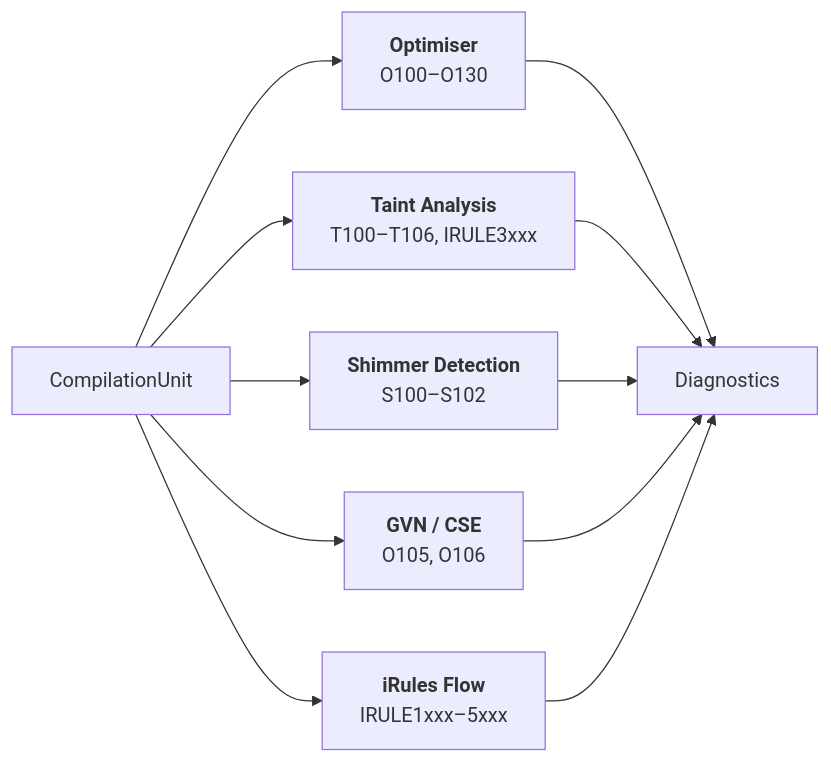
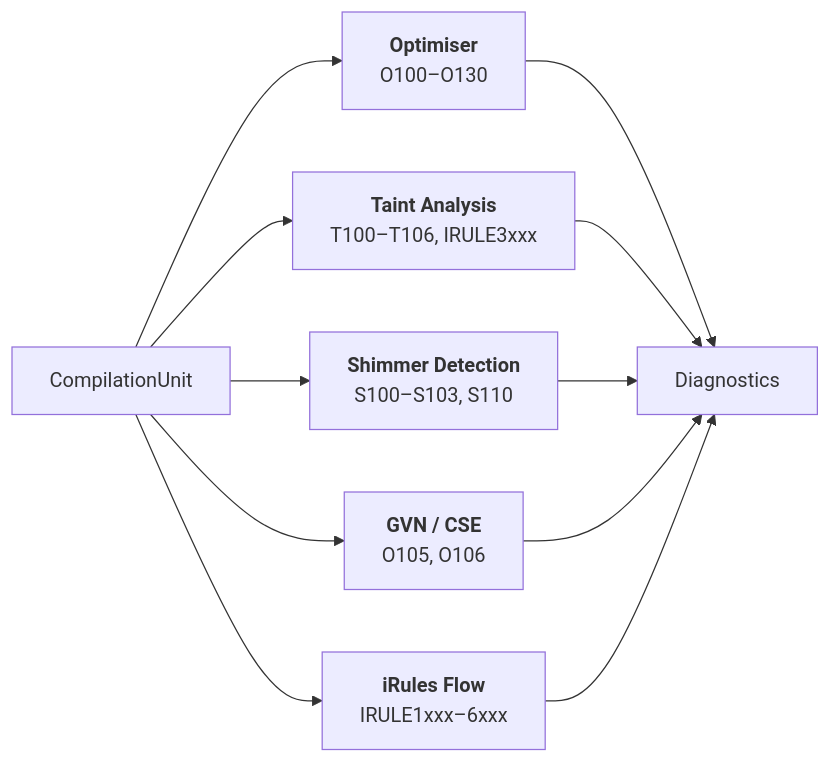
Diagram 16 of 20 in docs/design/compiler-architecture.md (bitwisecook/tcl-lsp), drawn with Mermaid before and after one commit. The commit also changed other lines of this file and 5 other files, not shown here.

````diff
--- a/docs/design/compiler-architecture.md
+++ b/docs/design/compiler-architecture.md
@@ -590,16 +724,16 @@
 ```mermaid
 flowchart LR
     CU["CompilationUnit"]
 
     CU --> OPT["<b>Optimiser</b><br/>O100–O130"]
     CU --> TAINT["<b>Taint Analysis</b><br/>T100–T106, IRULE3xxx"]
-    CU --> SHIM["<b>Shimmer Detection</b><br/>S100–S102"]
+    CU --> SHIM["<b>Shimmer Detection</b><br/>S100–S103, S110"]
     CU --> GVN["<b>GVN / CSE</b><br/>O105, O106"]
-    CU --> IFLOW["<b>iRules Flow</b><br/>IRULE1xxx–5xxx"]
+    CU --> IFLOW["<b>iRules Flow</b><br/>IRULE1xxx–6xxx"]
 
     OPT --> D["Diagnostics"]
     TAINT --> D
     SHIM --> D
     GVN --> D
     IFLOW --> D
 ```
````
